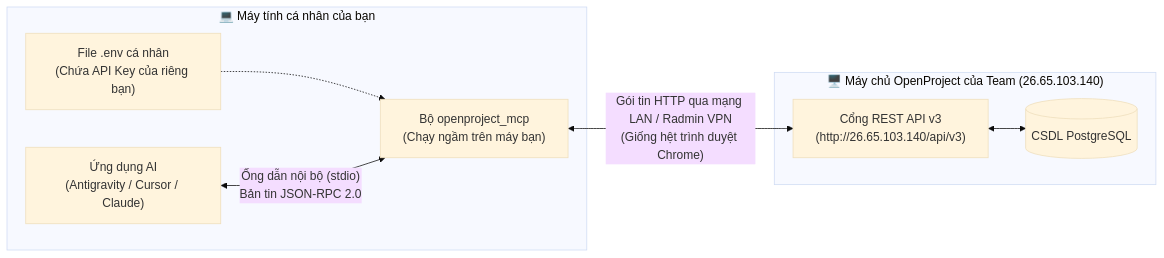
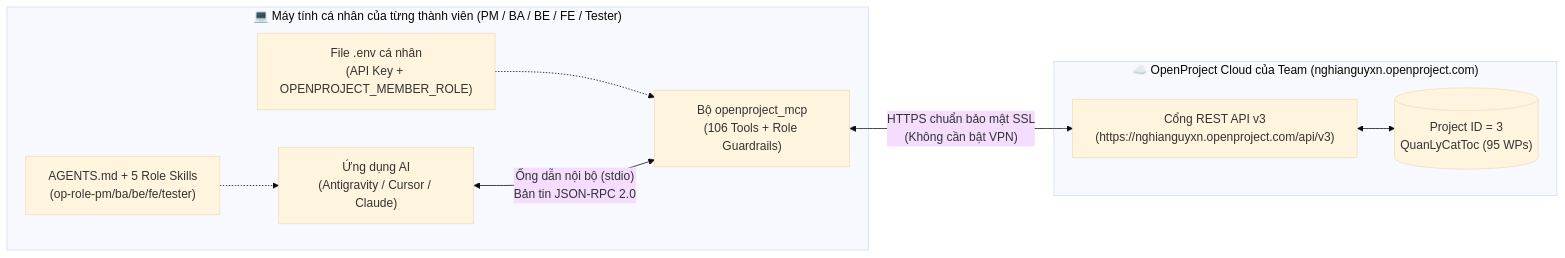
One commit to NghiaNguyxn/qldapm changed the diagram in openproject_mcp/HUONG_DAN_TOAN_TAP_OPENPROJECT_MCP_CHO_TEAM.md. Above: the diagram before and after it, drawn with Mermaid (base theme). The commit also changed other lines of this file and 26 other files, not shown here.

Commit message:
feat(openproject-mcp): add 5 role skills, AGENTS dispatcher, strict PM task guardrails, and user guides (.md/.docx)

````diff
--- a/openproject_mcp/HUONG_DAN_TOAN_TAP_OPENPROJECT_MCP_CHO_TEAM.md
+++ b/openproject_mcp/HUONG_DAN_TOAN_TAP_OPENPROJECT_MCP_CHO_TEAM.md
@@ -36,18 +39,20 @@
 ```mermaid
 flowchart LR
-    subgraph MayCaNhan["💻 Máy tính cá nhân của bạn"]
+    subgraph MayCaNhan["💻 Máy tính cá nhân của từng thành viên (PM / BA / BE / FE / Tester)"]
         AI["Ứng dụng AI\n(Antigravity / Cursor / Claude)"]
-        MCP["Bộ openproject_mcp\n(Chạy ngầm trên máy bạn)"]
-        ENV["File .env cá nhân\n(Chứa API Key của riêng bạn)"]
+        SKILL["AGENTS.md + 5 Role Skills\n(op-role-pm/ba/be/fe/tester)"]
+        MCP["Bộ openproject_mcp\n(106 Tools + Role Guardrails)"]
+        ENV["File .env cá nhân\n(API Key + OPENPROJECT_MEMBER_ROLE)"]
         ENV -.-> MCP
+        SKILL -.-> AI
         AI <-->|"Ống dẫn nội bộ (stdio)\nBản tin JSON-RPC 2.0"| MCP
     end
 
-    subgraph MayChuNhom["🖥️ Máy chủ OpenProject của Team (26.65.103.140)"]
-        API["Cổng REST API v3\n(http://26.65.103.140/api/v3)"]
-        DB[("CSDL PostgreSQL")]
+    subgraph CloudNhom["☁️ OpenProject Cloud của Team (nghianguyxn.openproject.com)"]
+        API["Cổng REST API v3\n(https://nghianguyxn.openproject.com/api/v3)"]
+        DB[("Project ID = 3\nQuanLyCatToc (95 WPs)")]
         API <--> DB
     end
 
-    MCP <-->|"Gói tin HTTP qua mạng LAN / Radmin VPN\n(Giống hệt trình duyệt Chrome)"| API
+    MCP <-->|"HTTPS chuẩn bảo mật SSL\n(Không cần bật VPN)"| API
 ```
````
